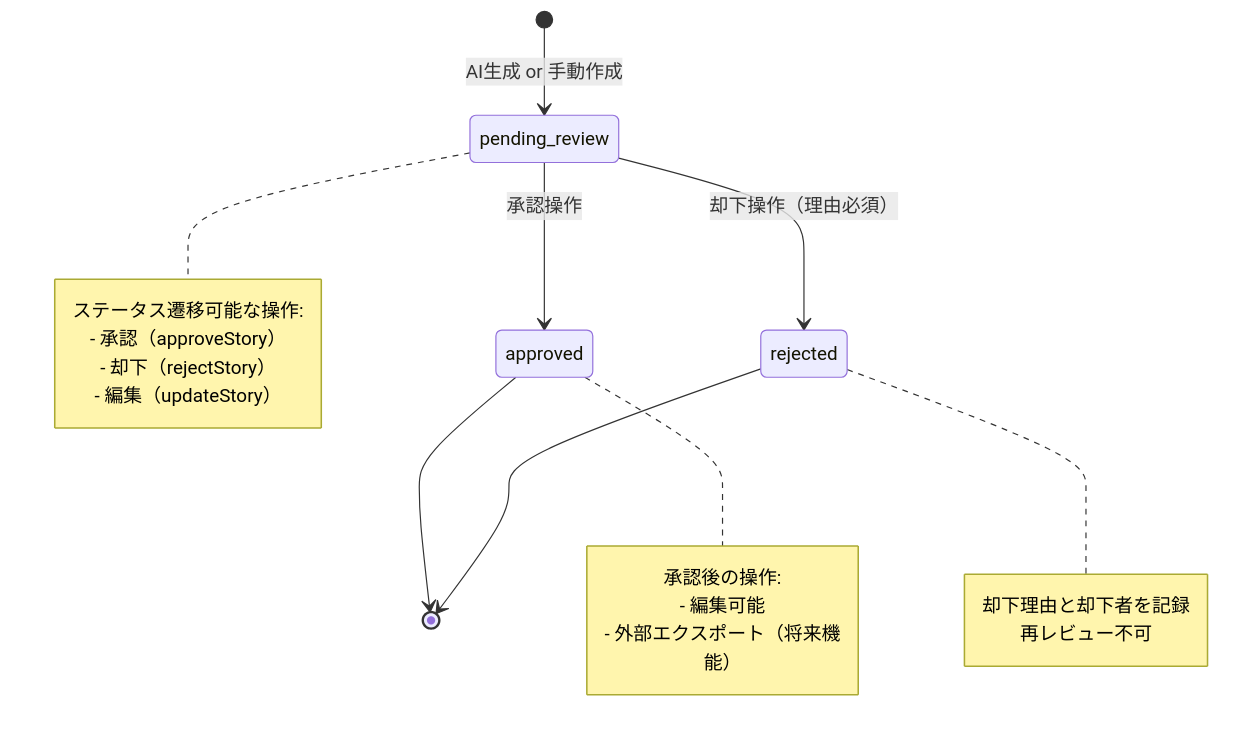
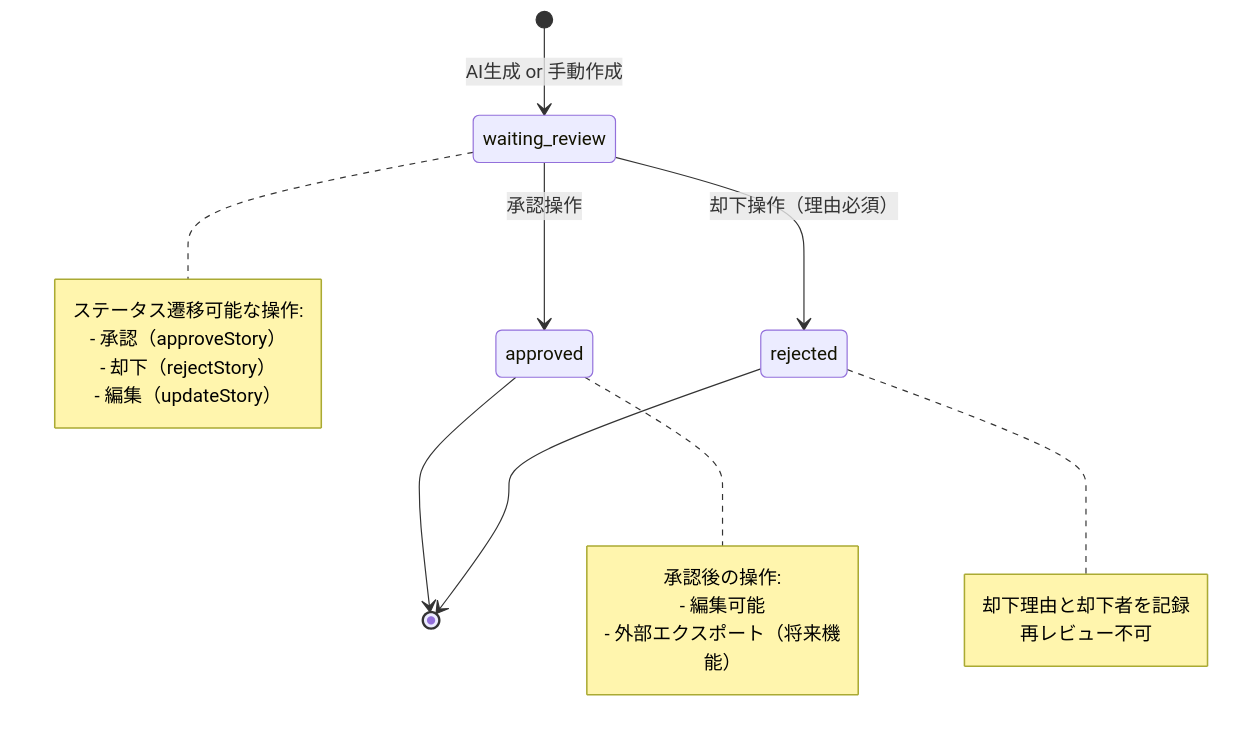
Before and after one commit to ohr486/ghost-squad: the third of 4 diagrams in .kiro/specs/story/design.md, drawn with Mermaid. The commit also changed other lines of this file and 2 other files, not shown here.

````diff
--- a/.kiro/specs/story/design.md
+++ b/.kiro/specs/story/design.md
@@ -201,26 +201,26 @@
 ```mermaid
 stateDiagram-v2
-    [*] --> pending_review: AI生成 or 手動作成
-    pending_review --> approved: 承認操作
-    pending_review --> rejected: 却下操作（理由必須）
+    [*] --> waiting_review: AI生成 or 手動作成
+    waiting_review --> approved: 承認操作
+    waiting_review --> rejected: 却下操作（理由必須）
     approved --> [*]
     rejected --> [*]
 
-    note right of pending_review
+    note right of waiting_review
         ステータス遷移可能な操作:
         - 承認（approveStory）
         - 却下（rejectStory）
         - 編集（updateStory）
     end note
 
     note right of approved
         承認後の操作:
         - 編集可能
         - 外部エクスポート（将来機能）
     end note
 
     note right of rejected
         却下理由と却下者を記録
         再レビュー不可
     end note
 ```
````
